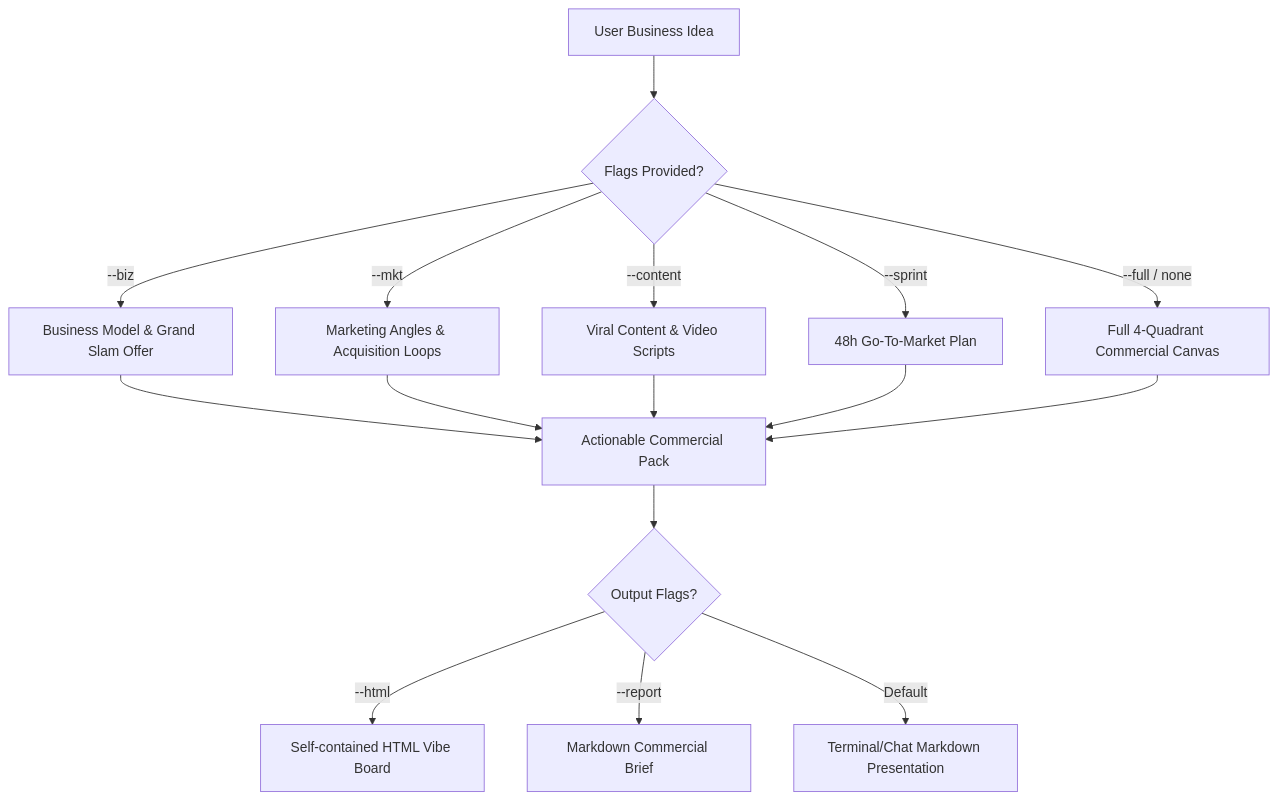
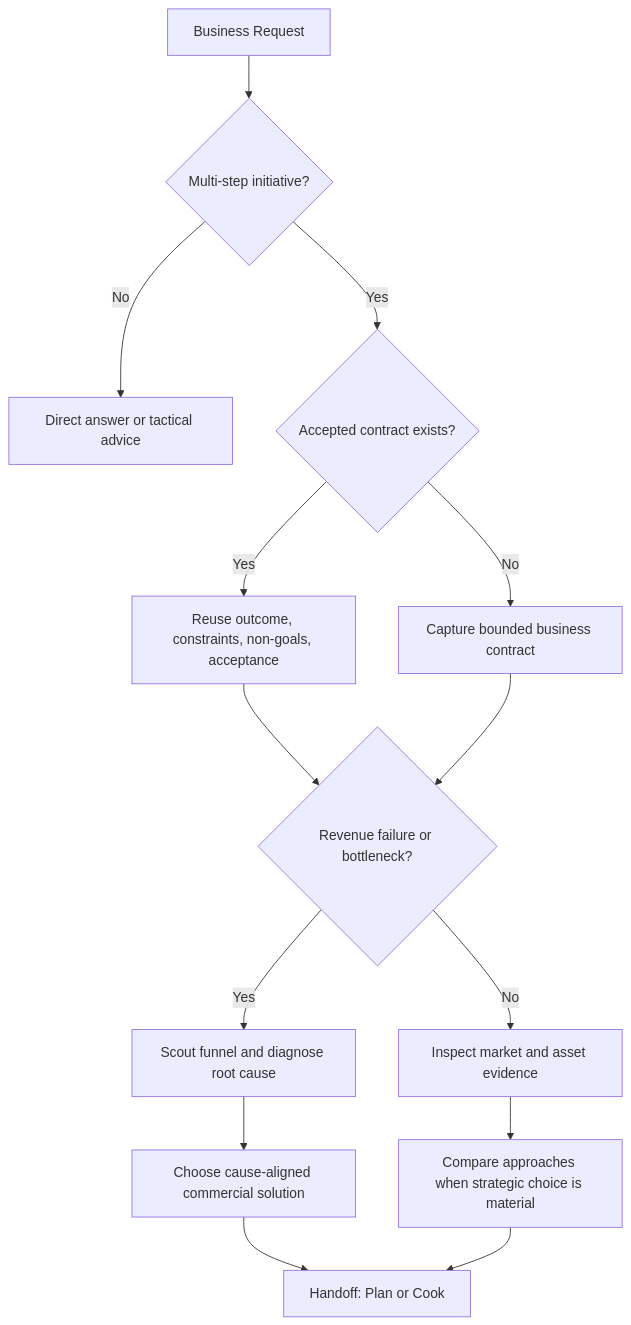
One commit to abm-dungtq/vibe-storm changed the diagram in skills/vibe-storm/SKILL.md. Above: the diagram before and after it, drawn with Mermaid. The commit also changed other lines of this file and 4 other files, not shown here.

````diff
--- a/skills/vibe-storm/SKILL.md
+++ b/skills/vibe-storm/SKILL.md
@@ -90,20 +62,16 @@
 ```mermaid
 flowchart TD
-    Req[User Business Idea] --> Scope{Flags Provided?}
-    Scope -->|--biz| B[Business Model & Grand Slam Offer]
-    Scope -->|--mkt| M[Marketing Angles & Acquisition Loops]
-    Scope -->|--content| C[Viral Content & Video Scripts]
-    Scope -->|--sprint| S[48h Go-To-Market Plan]
-    Scope -->|--full / none| All[Full 4-Quadrant Commercial Canvas]
-    
-    B --> Output[Actionable Commercial Pack]
-    M --> Output
-    C --> Output
-    S --> Output
-    All --> Output
-    
-    Output --> Artifacts{Output Flags?}
-    Artifacts -->|--html| HTML[Self-contained HTML Vibe Board]
-    Artifacts -->|--report| MD[Markdown Commercial Brief]
-    Artifacts -->|Default| Chat[Terminal/Chat Markdown Presentation]
+    A[Business Request] --> B{Multi-step initiative?}
+    B -->|No| C[Direct answer or tactical advice]
+    B -->|Yes| D{Accepted contract exists?}
+    D -->|Yes| E[Reuse outcome, constraints, non-goals, acceptance]
+    D -->|No| F[Capture bounded business contract]
+    E --> G{Revenue failure or bottleneck?}
+    F --> G
+    G -->|Yes| H[Scout funnel and diagnose root cause]
+    H --> I[Choose cause-aligned commercial solution]
+    G -->|No| J[Inspect market and asset evidence]
+    J --> K[Compare approaches when strategic choice is material]
+    I --> L[Handoff: Plan or Cook]
+    K --> L
 ```
````
